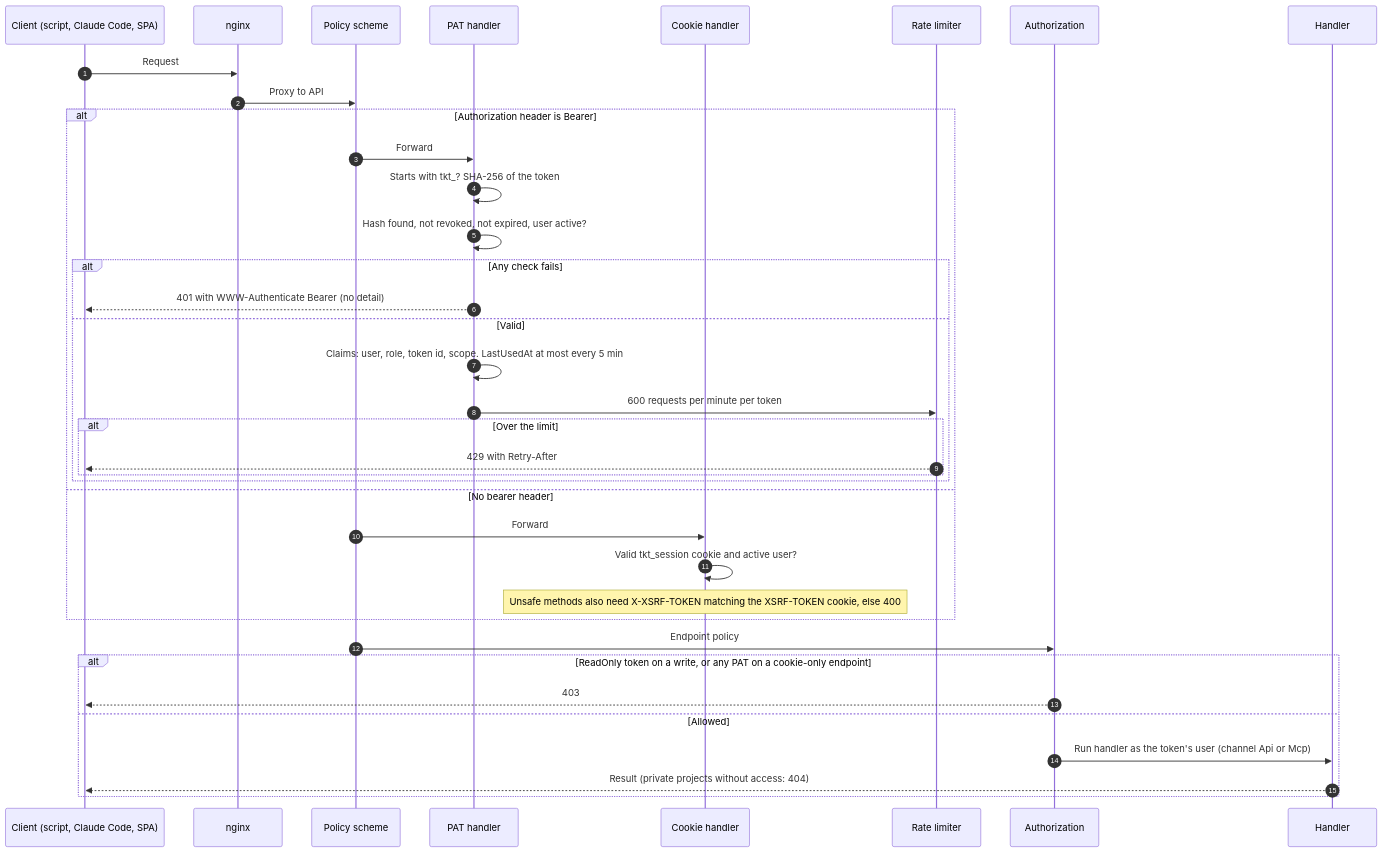
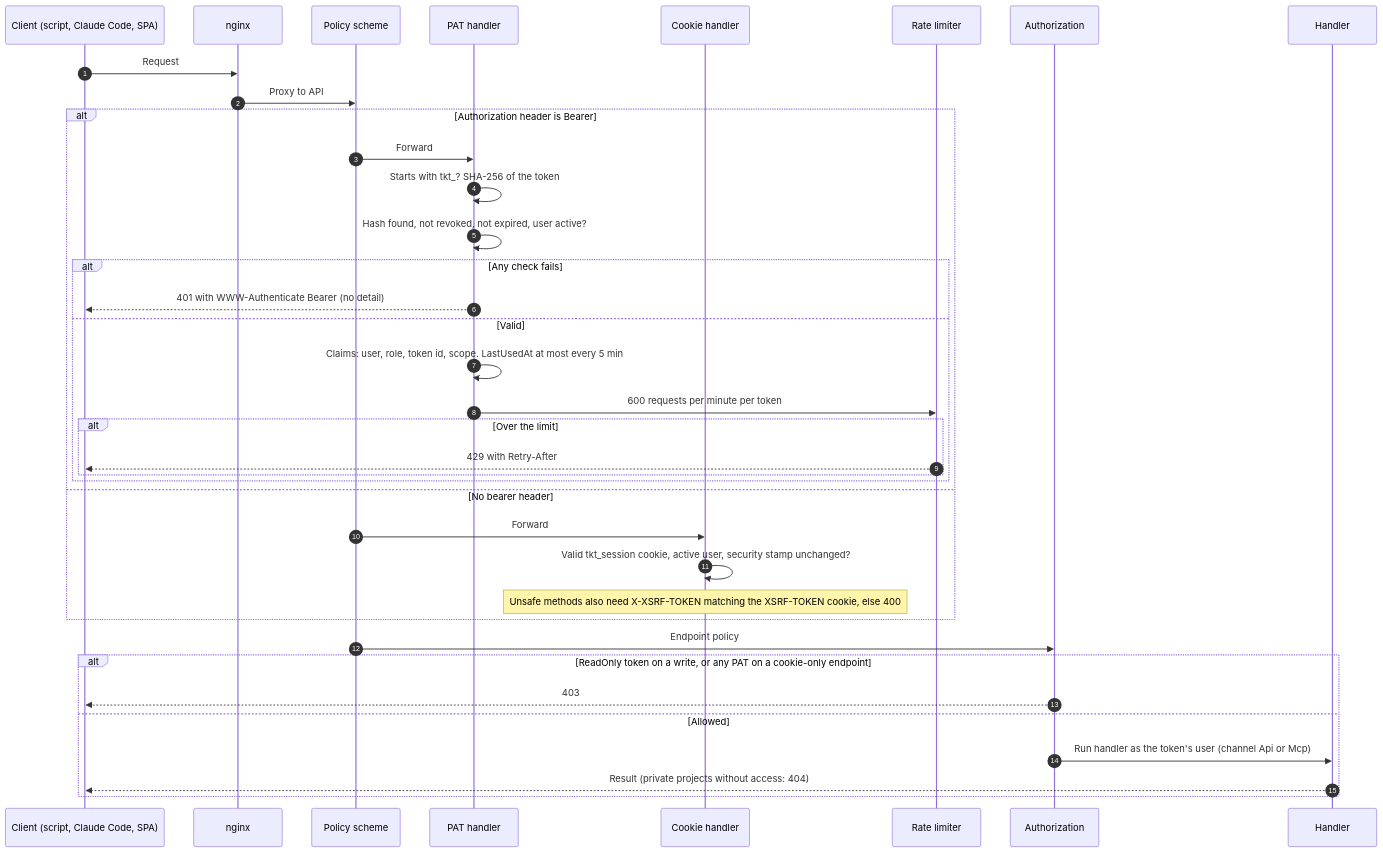
Diagram 16 of 21 in docs/domain/workflows.md (BrysAdamed/ticketing), drawn with Mermaid before and after one commit. The commit also changed other lines of this file and 2 other files, not shown here.

````diff
--- a/docs/domain/workflows.md
+++ b/docs/domain/workflows.md
@@ -390,39 +390,39 @@
 ```mermaid
 sequenceDiagram
     autonumber
     participant C as Client (script, Claude Code, SPA)
     participant N as nginx
     participant S as Policy scheme
     participant P as PAT handler
     participant K as Cookie handler
     participant L as Rate limiter
     participant Z as Authorization
     participant H as Handler
     C->>N: Request
     N->>S: Proxy to API
     alt Authorization header is Bearer
         S->>P: Forward
         P->>P: Starts with tkt_? SHA-256 of the token
         P->>P: Hash found, not revoked, not expired, user active?
         alt Any check fails
             P-->>C: 401 with WWW-Authenticate Bearer (no detail)
         else Valid
             P->>P: Claims: user, role, token id, scope. LastUsedAt at most every 5 min
             P->>L: 600 requests per minute per token
             alt Over the limit
                 L-->>C: 429 with Retry-After
             end
         end
     else No bearer header
         S->>K: Forward
-        K->>K: Valid tkt_session cookie and active user?
+        K->>K: Valid tkt_session cookie, active user, security stamp unchanged?
         Note over K: Unsafe methods also need X-XSRF-TOKEN matching the XSRF-TOKEN cookie, else 400
     end
     S->>Z: Endpoint policy
     alt ReadOnly token on a write, or any PAT on a cookie-only endpoint
         Z-->>C: 403
     else Allowed
         Z->>H: Run handler as the token's user (channel Api or Mcp)
         H-->>C: Result (private projects without access: 404)
     end
 ```
````
